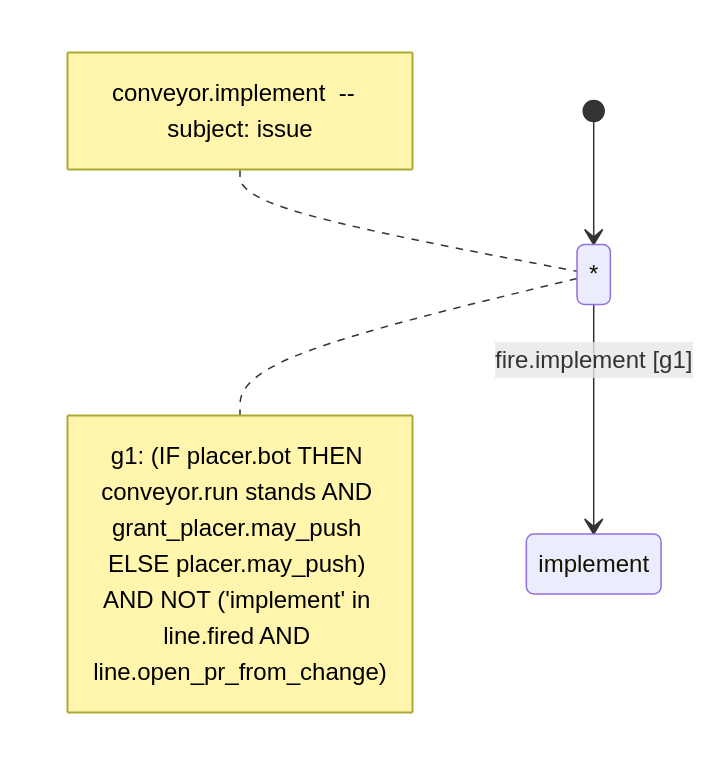
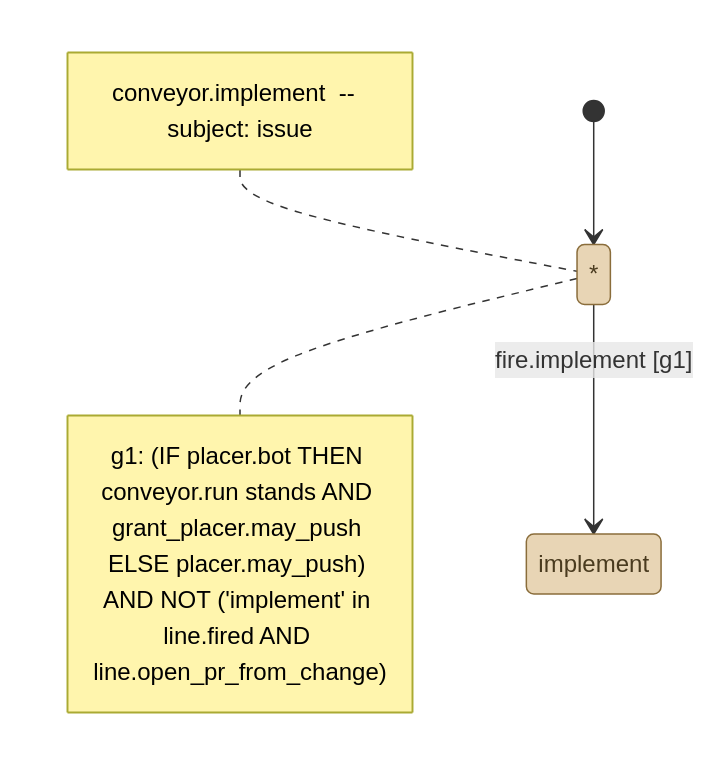
The diagram in .github/conveyor-model/mermaid/conveyor_implement.mmd (kostiantyn-matsebora/agent-ops-operator), drawn with Mermaid before and after one commit. The commit also changed 8 other files, not shown here.

```diff
--- a/.github/conveyor-model/mermaid/conveyor_implement.mmd
+++ b/.github/conveyor-model/mermaid/conveyor_implement.mmd
@@ -1,15 +1,18 @@
 stateDiagram-v2
     [*] --> any_state
     note left of any_state
         conveyor.implement  --  subject: issue
     end note
+    classDef stationState fill:#e8d5b5,stroke:#8a6d3b,color:#4a3b1f
+    classDef loopState fill:#c9e4de,stroke:#2f6b5e,color:#1a3b33
     state "*" as any_state
     state none
     state implement
     state fix
     state merge
     state stalled
     any_state --> implement : fire.implement [g1]
+    class none, implement, fix, merge, stalled, any_state stationState
     note right of any_state
         g1: (IF placer.bot THEN conveyor.run stands AND grant_placer.may_push ELSE placer.may_push) AND NOT ('implement' in line.fired AND line.open_pr_from_change)
     end note
```
